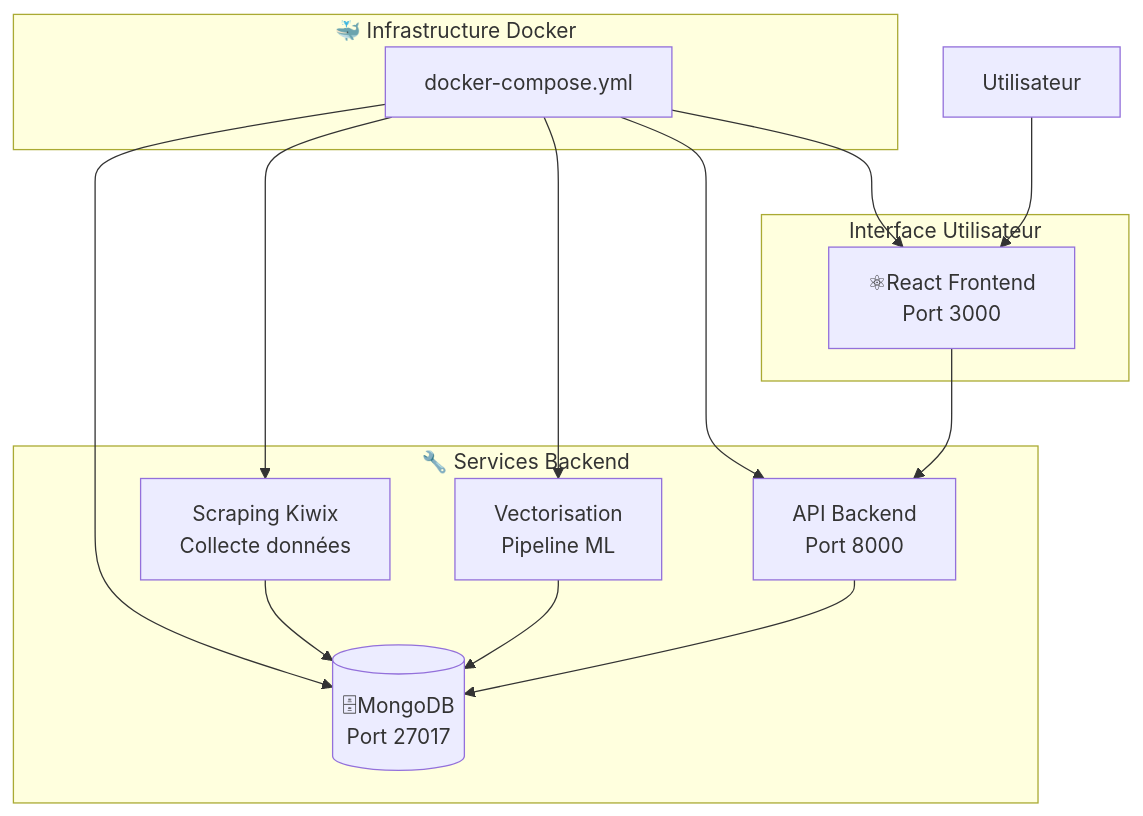
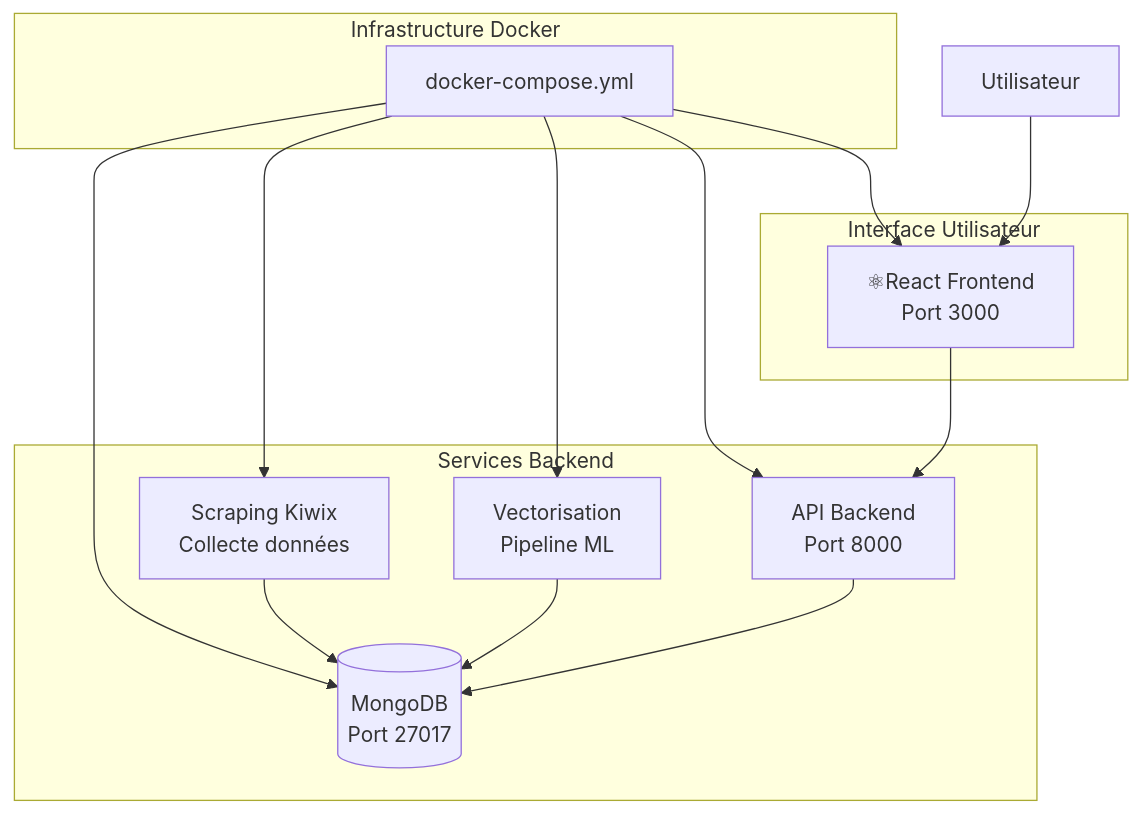
The second of 3 diagrams in profile/README.md (epf-projet-chatbot/.github), drawn with Mermaid before and after one commit. The commit also changed other lines of this file, not shown here.

````diff
--- a/profile/README.md
+++ b/profile/README.md
@@ -55,35 +55,35 @@
 ```mermaid
 flowchart TD
     %% Infrastructure Docker
-    subgraph INFRA["🐳 Infrastructure Docker"]
+    subgraph INFRA["Infrastructure Docker"]
         COMPOSE["docker-compose.yml"]
     end
     
     %% Services Backend
-    subgraph BACKEND["🔧 Services Backend"]
-        MONGO[("🗄MongoDB<br/>Port 27017")]
+    subgraph BACKEND["Services Backend"]
+        MONGO[("MongoDB<br/>Port 27017")]
         SCRAP["Scraping Kiwix<br/>Collecte données"]
         VECTOR["Vectorisation<br/>Pipeline ML"]
         API["API Backend<br/>Port 8000"]
     end
     
     %% Frontend
     subgraph FRONTEND["Interface Utilisateur"]
         WEB["⚛React Frontend<br/>Port 3000"]
     end
     
     %% Flux de données
     COMPOSE --> MONGO
     COMPOSE --> SCRAP
     COMPOSE --> VECTOR
     COMPOSE --> API
     COMPOSE --> WEB
     
     SCRAP --> MONGO
     VECTOR --> MONGO
     API --> MONGO
     WEB --> API
     
     %% Utilisateur
     USER["Utilisateur"] --> WEB
 ```
````
